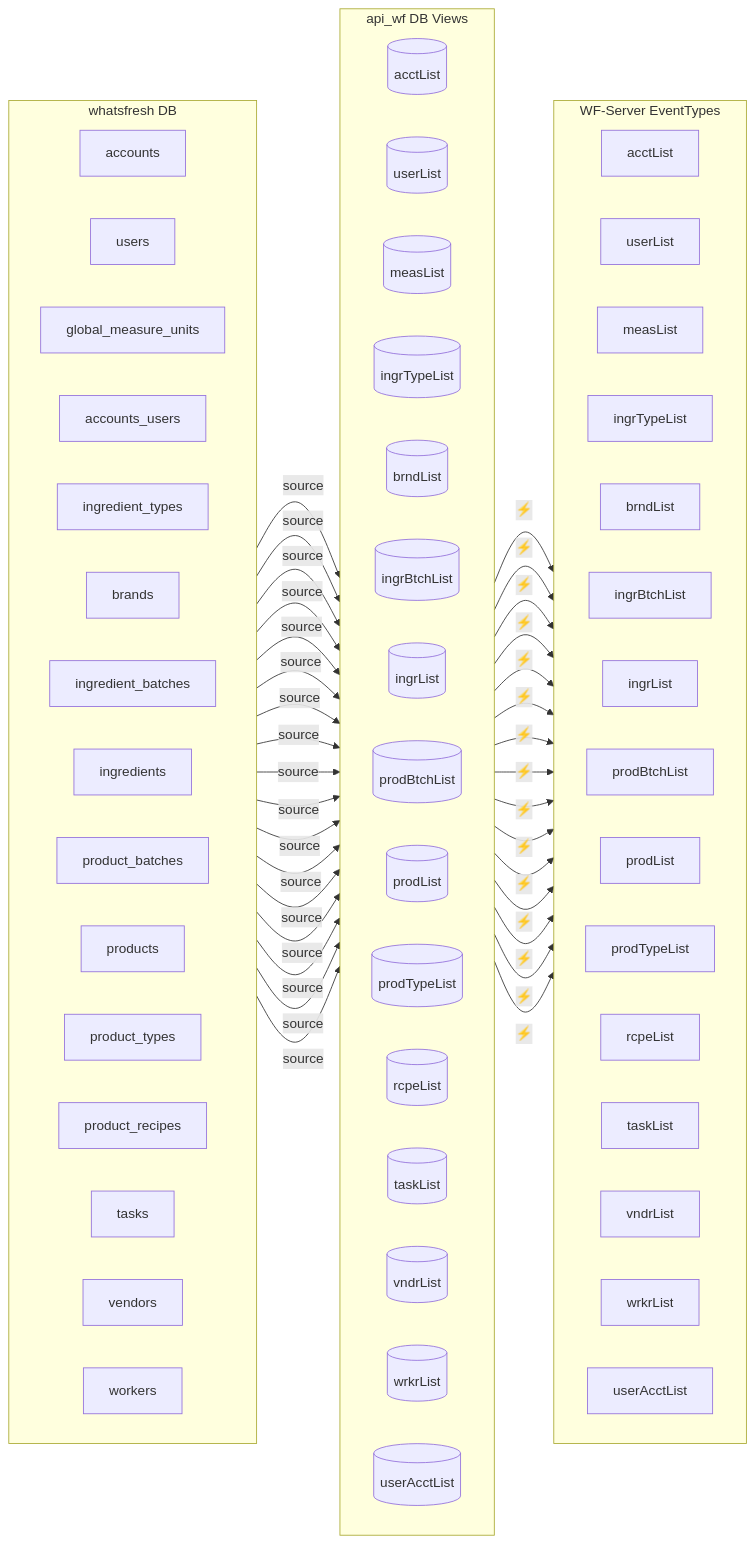
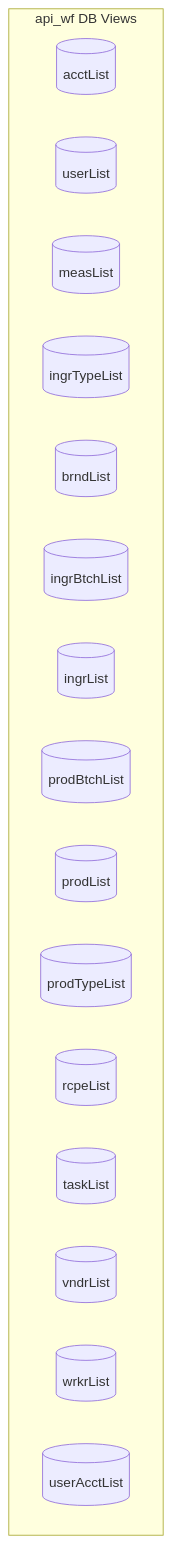
The second of 4 diagrams in README.md (pchambless/whatsfresh-docs), drawn with Mermaid before and after one commit. The commit also changed other lines of this file, not shown here.

Commit message:
Make table names blue in the db.whatsfresh section

````diff
--- a/README.md
+++ b/README.md
@@ -40,94 +99,21 @@
-```mermaid
-graph LR
-    %% Database subgraphs
-    subgraph WhatsFresh[whatsfresh DB]
-        direction LR
-        accounts[accounts]
-        users[users]
-        measures[global_measure_units]
-        acc_users[accounts_users]
-        ingr_types[ingredient_types]
-        brands[brands]
-        ingr_batches[ingredient_batches]
-        ingredients[ingredients]
-        prod_batches[product_batches]
-        products[products]
-        prod_types[product_types]
-        prod_recipes[product_recipes]
-        tasks[tasks]
-        vendors[vendors]
-        workers[workers]
-    end
-
-    subgraph API_WF[api_wf DB Views]
-        direction LR
-        acctList_view[("acctList")]
-        userList_view[("userList")]
-        measList_view[("measList")]
-        ingrTypeList_view[("ingrTypeList")]
-        brndList_view[("brndList")]
-        ingrBtchList_view[("ingrBtchList")]
-        ingrList_view[("ingrList")]
-        prodBtchList_view[("prodBtchList")]
-        prodList_view[("prodList")]
-        prodTypeList_view[("prodTypeList")]
-        rcpeList_view[("rcpeList")]
-        taskList_view[("taskList")]
-        vndrList_view[("vndrList")]
-        wrkrList_view[("wrkrList")]
-        userAcctList_view[("userAcctList")]
-    end
-
-    subgraph WF_Server[WF-Server EventTypes]
-        direction LR
-        acctList[acctList]
-        userList[userList]
-        measList[measList]
-        ingrTypeList[ingrTypeList]
-        brndList[brndList]
-        ingrBtchList[ingrBtchList]
-        ingrList[ingrList]
-        prodBtchList[prodBtchList]
-        prodList[prodList]
-        prodTypeList[prodTypeList]
-        rcpeList[rcpeList]
-        taskList[taskList]
-        vndrList[vndrList]
-        wrkrList[wrkrList]
-        userAcctList[userAcctList]
-    end
-
-    %% Database to View relationships
-    accounts --> |"source"|acctList_view
-    users --> |"source"|userList_view
-    measures --> |"source"|measList_view
-    ingr_types --> |"source"|ingrTypeList_view
-    brands --> |"source"|brndList_view
-    ingr_batches --> |"source"|ingrBtchList_view
-    ingredients --> |"source"|ingrList_view
-    prod_batches --> |"source"|prodBtchList_view
-    products --> |"source"|prodList_view
-    prod_types --> |"source"|prodTypeList_view
-    prod_recipes --> |"source"|rcpeList_view
-    tasks --> |"source"|taskList_view
-    vendors --> |"source"|vndrList_view
-    workers --> |"source"|wrkrList_view
-    users & acc_users & accounts --> |"source"|userAcctList_view
-
-    %% View to Server EventType relationships
-    acctList_view --> |"⚡"|acctList
-    userList_view --> |"⚡"|userList
-    measList_view --> |"⚡"|measList
-    ingrTypeList_view --> |"⚡"|ingrTypeList
-    brndList_view --> |"⚡"|brndList
-    ingrBtchList_view --> |"⚡"|ingrBtchList
-    ingrList_view --> |"⚡"|ingrList
-    prodBtchList_view --> |"⚡"|prodBtchList
-    prodList_view --> |"⚡"|prodList
-    prodTypeList_view --> |"⚡"|prodTypeList
-    rcpeList_view --> |"⚡"|rcpeList
-    taskList_view --> |"⚡"|taskList
-    vndrList_view --> |"⚡"|vndrList
-    wrkrList_view --> |"⚡"|wrkrList
-    userAcctList_view --> |"⚡"|userAcctList
-```
+  ```mermaid
+  graph LR
+      subgraph API_WF[api_wf DB Views]
+          direction LR
+          acctList_view[("acctList")]
+          userList_view[("userList")]
+          measList_view[("measList")]
+          ingrTypeList_view[("ingrTypeList")]
+          brndList_view[("brndList")]
+          ingrBtchList_view[("ingrBtchList")]
+          ingrList_view[("ingrList")]
+          prodBtchList_view[("prodBtchList")]
+          prodList_view[("prodList")]
+          prodTypeList_view[("prodTypeList")]
+          rcpeList_view[("rcpeList")]
+          taskList_view[("taskList")]
+          vndrList_view[("vndrList")]
+          wrkrList_view[("wrkrList")]
+          userAcctList_view[("userAcctList")]
+      end
+  ```
````
